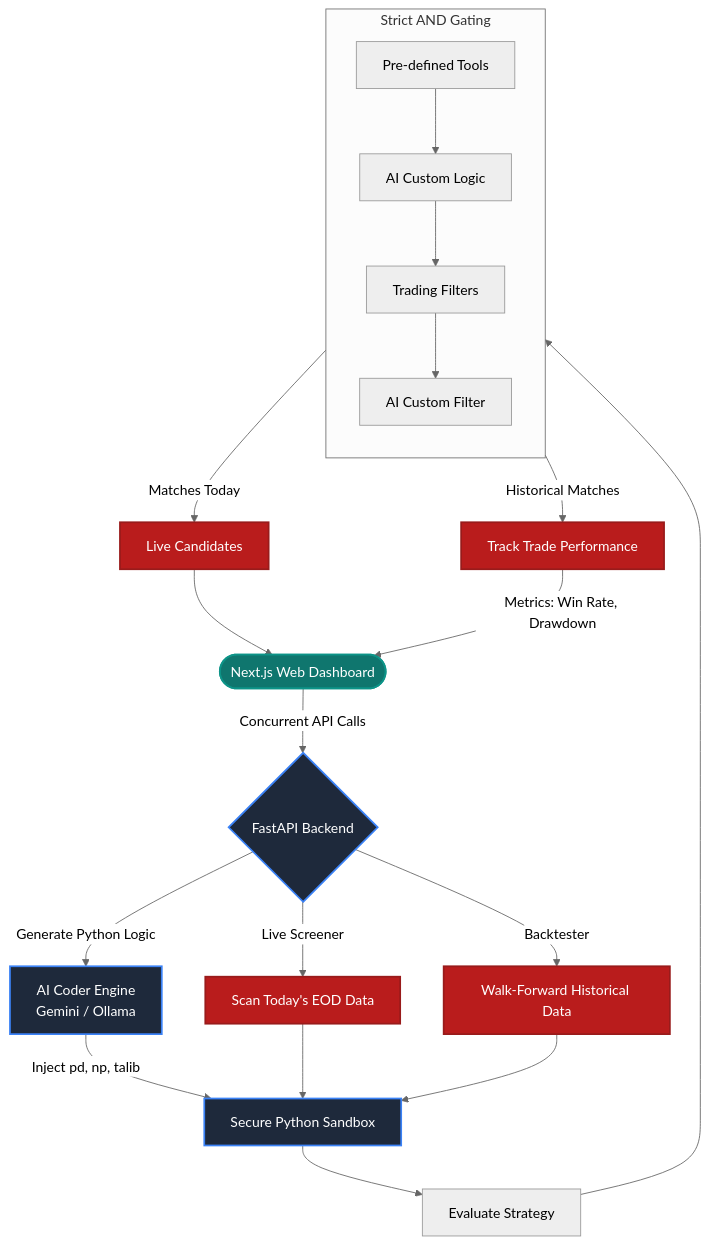
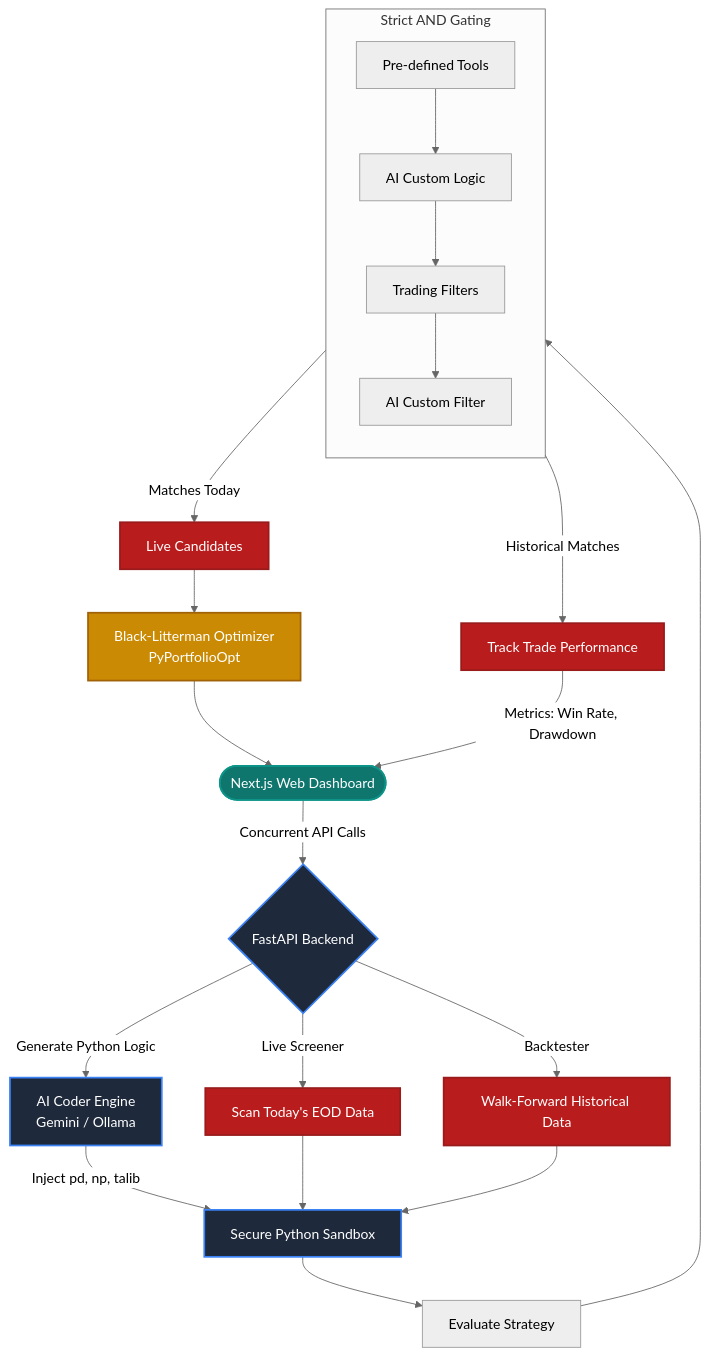
Before and after one commit to rushabhkhandhar/VisuQuant: the second of 2 diagrams in README.md, drawn with Mermaid (neutral theme). The commit also changed other lines of this file, not shown here.

````diff
--- a/README.md
+++ b/README.md
@@ -100,38 +101,41 @@
 ```mermaid
 flowchart TB
     UI([Next.js Web Dashboard]) -->|Concurrent API Calls| API{FastAPI Backend}
     
     API -->|Generate Python Logic| AI[AI Coder Engine<br/>Gemini / Ollama]
     AI -->|Inject pd, np, talib| Sandbox[Secure Python Sandbox]
     
     API -->|Live Screener| Live[Scan Today's EOD Data]
     API -->|Backtester| Hist[Walk-Forward Historical Data]
     
     Live --> Sandbox
     Hist --> Sandbox
     
     Sandbox --> Eval[Evaluate Strategy]
     
     subgraph Gauntlet["Strict AND Gating"]
         direction TB
         E1[Pre-defined Tools] --> E2[AI Custom Logic]
         E2 --> E3[Trading Filters]
         E3 --> E4[AI Custom Filter]
     end
     
     Eval --> Gauntlet
     
     Gauntlet -->|Matches Today| LiveMatch[Live Candidates]
     Gauntlet -->|Historical Matches| HistTrade[Track Trade Performance]
     
-    LiveMatch --> UI
+    LiveMatch --> BL[Black-Litterman Optimizer<br/>PyPortfolioOpt]
+    BL --> UI
     HistTrade -->|Metrics: Win Rate, Drawdown| UI
     
     classDef frontend fill:#0f766e,stroke:#0d9488,stroke-width:2px,color:#fff
     classDef backend fill:#1e293b,stroke:#3b82f6,stroke-width:2px,color:#fff
     classDef engine fill:#b91c1c,stroke:#991b1b,stroke-width:2px,color:#fff
+    classDef portfolio fill:#ca8a04,stroke:#a16207,stroke-width:2px,color:#fff
     
     class UI frontend
     class API,AI,Sandbox backend
     class Live,Hist,LiveMatch,HistTrade engine
+    class BL portfolio
 ```
````
